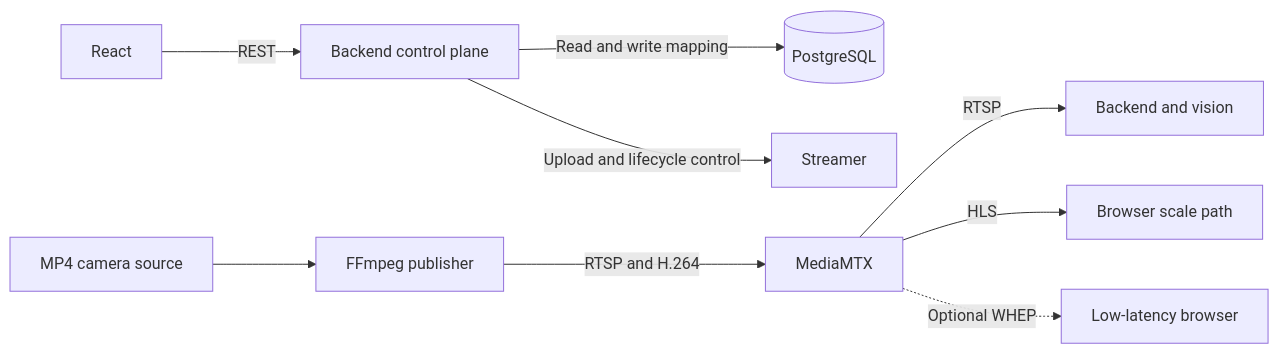
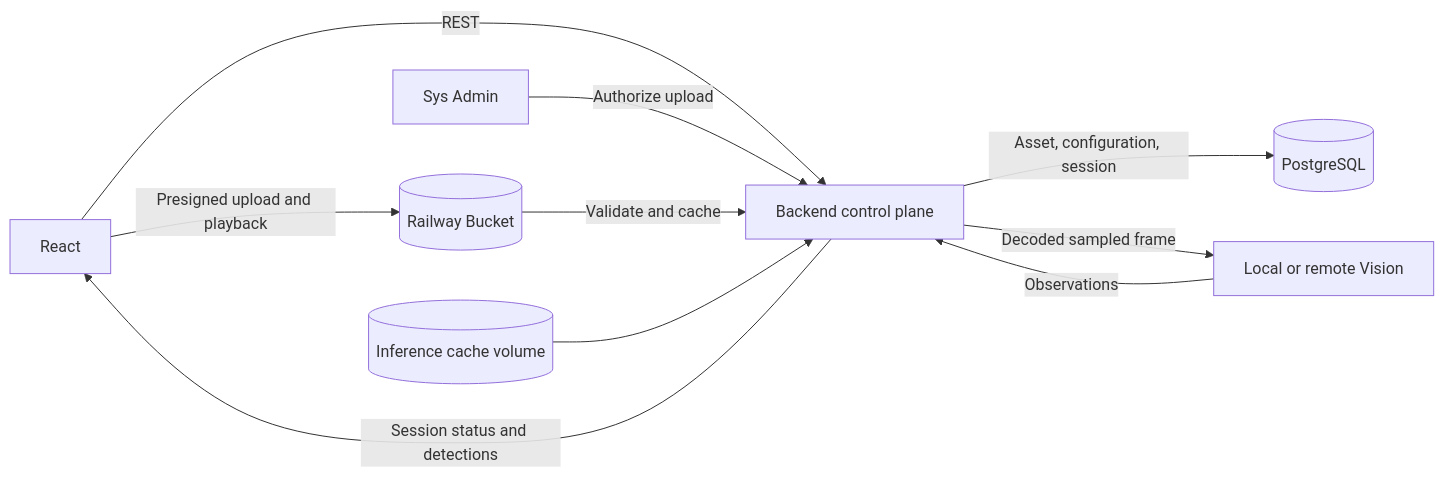
One commit to NguyenNhat4/Sentiel-safety-intelligent changed the second of 4 diagrams in ARCHITECTURE.md. Above: the diagram before and after it, drawn with Mermaid. The commit also changed other lines of this file and 178 other files, not shown here.

````diff
--- a/ARCHITECTURE.md
+++ b/ARCHITECTURE.md
@@ -73,12 +73,12 @@
 ```mermaid
 flowchart LR
     react[React] -->|REST| backend[Backend control plane]
-    backend -->|Read and write mapping| postgres[(PostgreSQL)]
-    backend -->|Upload and lifecycle control| streamer[Streamer]
-
-    source[MP4 camera source] --> ffmpeg[FFmpeg publisher]
-    ffmpeg -->|RTSP and H.264| mediamtx[MediaMTX]
-    mediamtx -->|RTSP| vision[Backend and vision]
-    mediamtx -->|HLS| browser[Browser scale path]
-    mediamtx -.->|Optional WHEP| lowLatency[Low-latency browser]
+    backend -->|Asset, configuration, session| postgres[(PostgreSQL)]
+    admin[Sys Admin] -->|Authorize upload| backend
+    react -->|Presigned upload and playback| bucket[(Railway Bucket)]
+    bucket -->|Validate and cache| backend
+    volume[(Inference cache volume)] --> backend
+    backend -->|Decoded sampled frame| vision[Local or remote Vision]
+    vision -->|Observations| backend
+    backend -->|Session status and detections| react
 ```
````
